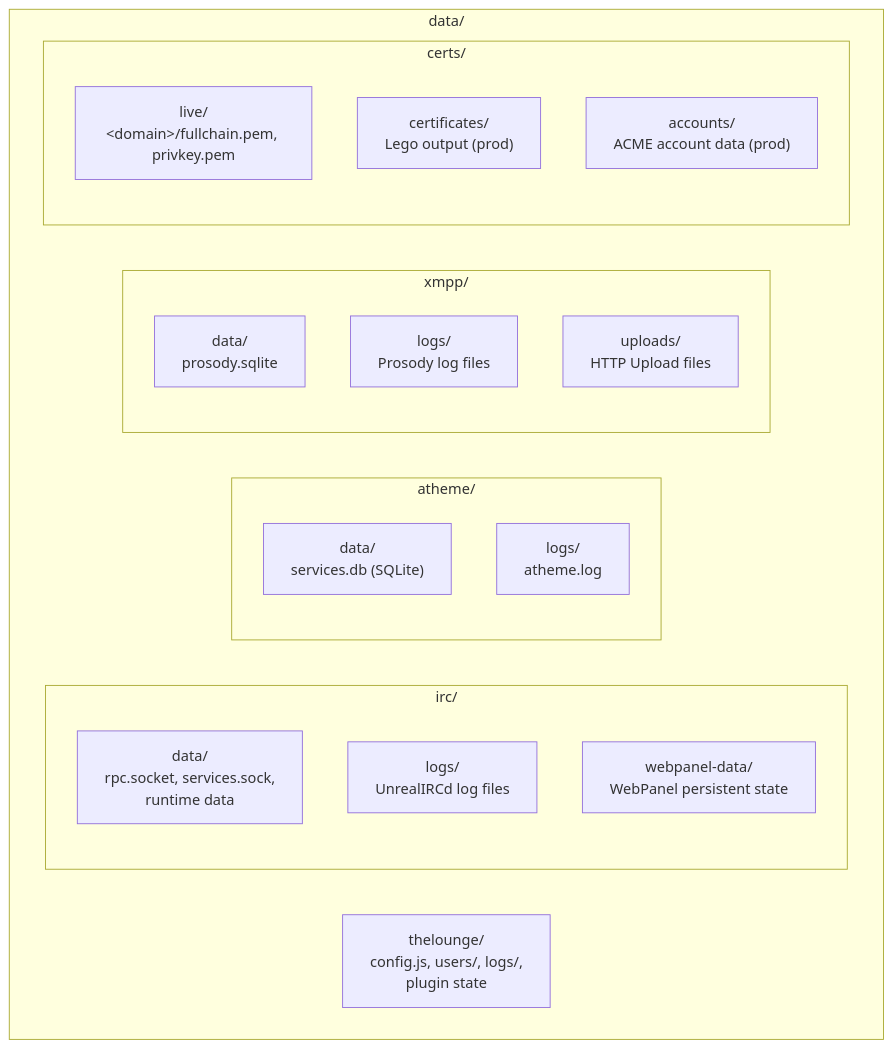
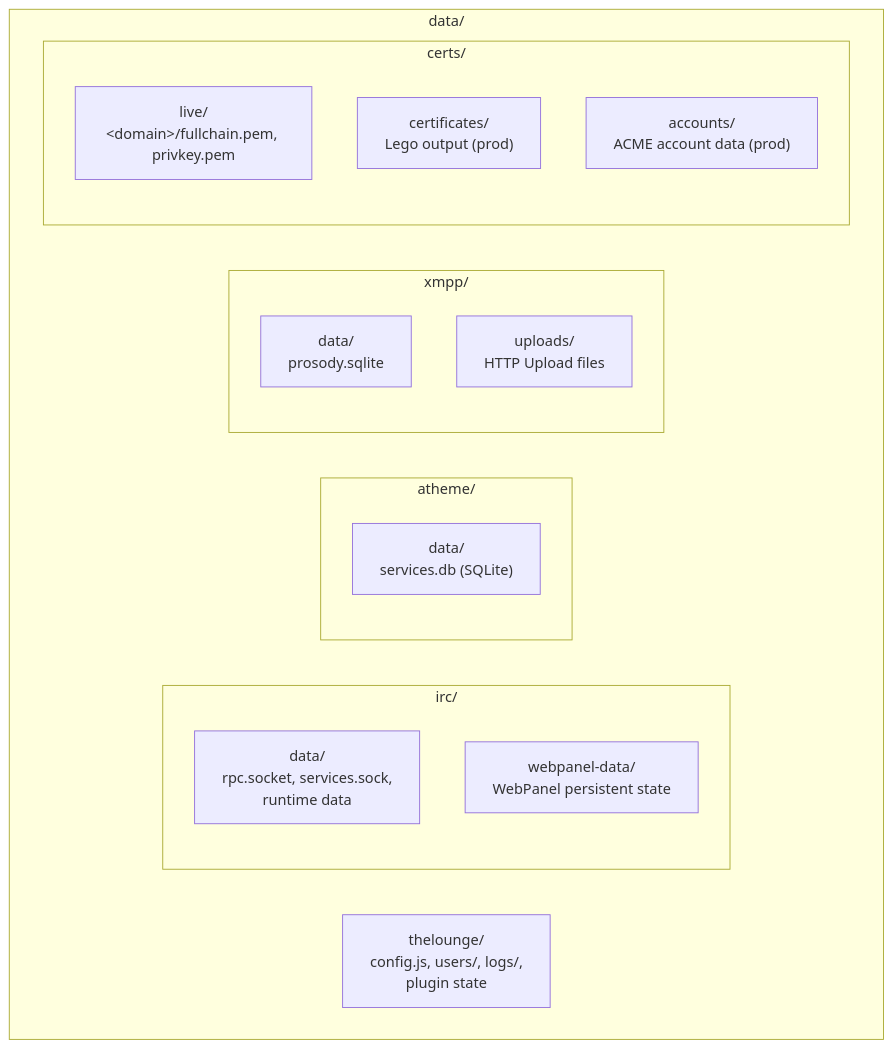
One commit to allthingslinux/atl.chat changed the diagram in apps/docs/content/docs/architecture/data-model.mdx. Above: the diagram before and after it, drawn with Mermaid. The commit also changed other lines of this file and 6 other files, not shown here.

````diff
--- a/apps/docs/content/docs/architecture/data-model.mdx
+++ b/apps/docs/content/docs/architecture/data-model.mdx
@@ -16,29 +16,26 @@
 ```mermaid
 graph TD
   subgraph data["data/"]
     subgraph irc["irc/"]
       ircData["data/\nrpc.socket, services.sock,\nruntime data"]
-      ircLogs["logs/\nUnrealIRCd log files"]
       ircWebpanel["webpanel-data/\nWebPanel persistent state"]
     end
 
     subgraph atheme["atheme/"]
       athemeData["data/\nservices.db (SQLite)"]
-      athemeLogs["logs/\natheme.log"]
     end
 
     subgraph xmpp["xmpp/"]
       xmppData["data/\nprosody.sqlite"]
-      xmppLogs["logs/\nProsody log files"]
       xmppUploads["uploads/\nHTTP Upload files"]
     end
 
     thelounge["thelounge/\nconfig.js, users/, logs/,\nplugin state"]
 
     subgraph certs["certs/"]
       certsLive["live/\n&lt;domain&gt;/fullchain.pem, privkey.pem"]
       certsCertificates["certificates/\nLego output (prod)"]
       certsAccounts["accounts/\nACME account data (prod)"]
     end
   end
 ```
````
